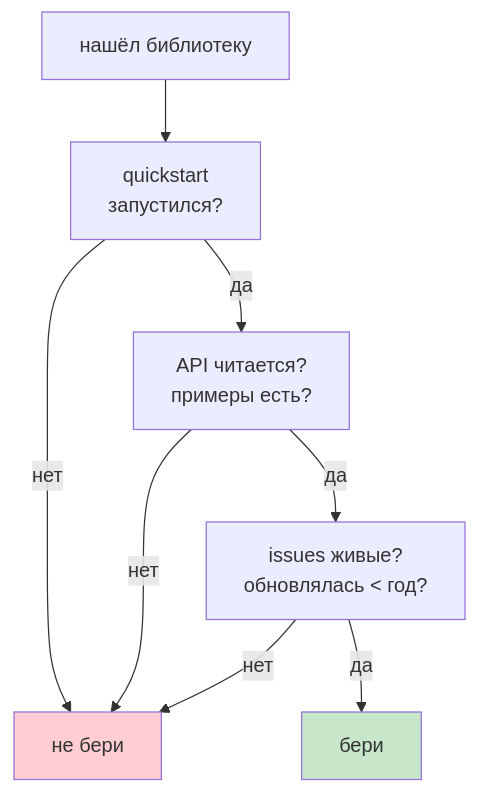
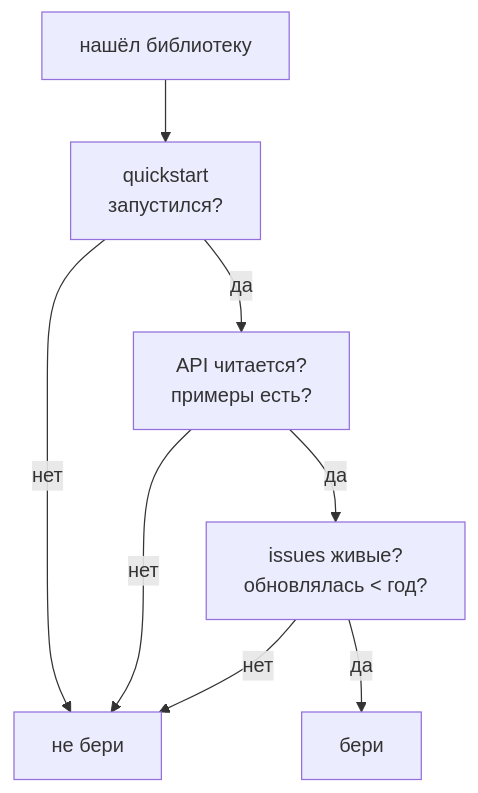
Before and after one commit to JayStorm228/College: the third of 3 diagrams in 02_Курсы/01. Инженерные практики Python/01_Лекции/11. Сторонние библиотеки.md, drawn with Mermaid. The commit also changed other lines of this file and 30 other files, not shown here.

First line of the commit message:
переименование NumPy лекций под академические заголовки + стандартные диаграммы

````diff
--- a/02_Курсы/01. Инженерные практики Python/01_Лекции/11. Сторонние библиотеки.md
+++ b/02_Курсы/01. Инженерные практики Python/01_Лекции/11. Сторонние библиотеки.md
@@ -91,12 +87,10 @@
 ```mermaid
 flowchart TD
   A[нашёл библиотеку] --> B[quickstart<br>запустился?]
   B -- нет --> C[не бери]
   B -- да --> D[API читается?<br>примеры есть?]
   D -- нет --> C
   D -- да --> E[issues живые?<br>обновлялась < год?]
   E -- нет --> C
   E -- да --> F[бери]
-  style F fill:#c8e6c9
-  style C fill:#ffcdd2
 ```
````
